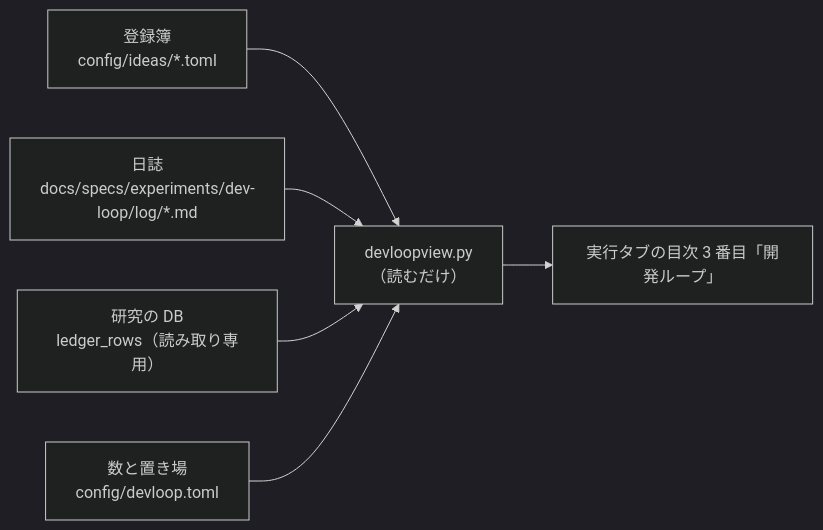
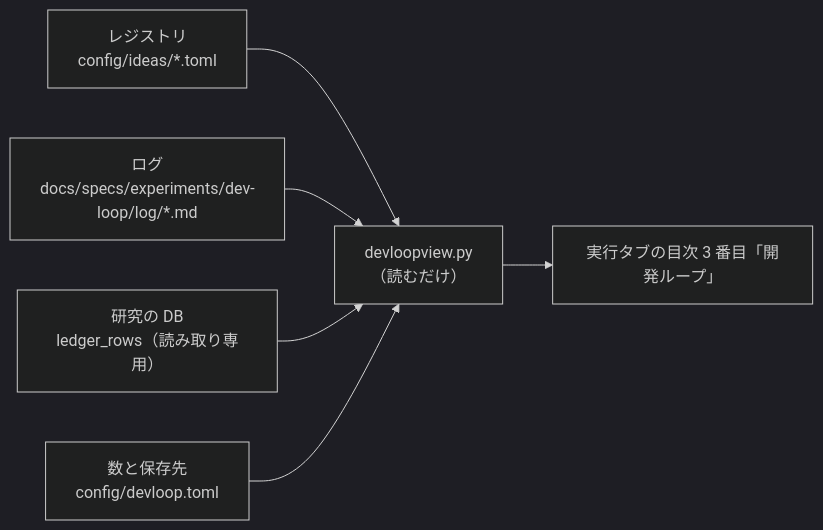
Before and after one commit to akiraak/ai-income-lab: diagram 27 of 28 in docs/specs/dashboard.md, drawn with Mermaid (dark theme). The commit also changed other lines of this file and 45 other files, not shown here.

````diff
--- a/docs/specs/dashboard.md
+++ b/docs/specs/dashboard.md
@@ -1456,8 +1456,8 @@
 ```mermaid
 flowchart LR
-  I["登録簿<br/>config/ideas/*.toml"] --> P["devloopview.py<br/>（読むだけ）"]
-  J["日誌<br/>docs/specs/experiments/dev-loop/log/*.md"] --> P
+  I["レジストリ<br/>config/ideas/*.toml"] --> P["devloopview.py<br/>（読むだけ）"]
+  J["ログ<br/>docs/specs/experiments/dev-loop/log/*.md"] --> P
   D["研究の DB<br/>ledger_rows（読み取り専用）"] --> P
-  S["数と置き場<br/>config/devloop.toml"] --> P
+  S["数と保存先<br/>config/devloop.toml"] --> P
   P --> V["実行タブの目次 3 番目「開発ループ」"]
 ```
````
